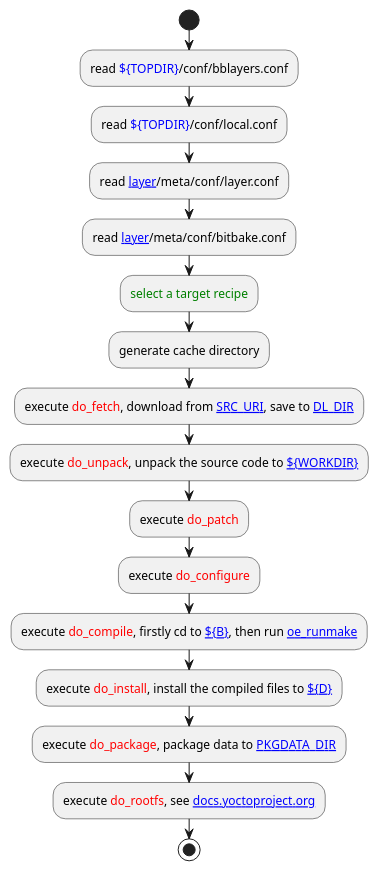
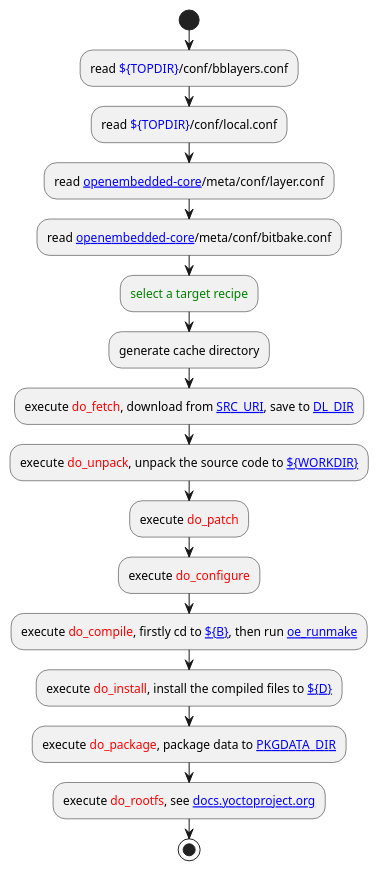
The diagram in docs/cli/yocto.md (zhyantao/docs), drawn with PlantUML before and after one commit.

````diff
--- a/docs/cli/yocto.md
+++ b/docs/cli/yocto.md
@@ -43,20 +43,20 @@
 ```{uml}
 @startuml
 start
 :read <color:blue>${TOPDIR}</color>/conf/bblayers.conf;
 :read <color:blue>${TOPDIR}</color>/conf/local.conf;
-:read [[https://layers.openembedded.org/layerindex/branch/master/layers layer]]/meta/conf/layer.conf;
-:read [[https://layers.openembedded.org/layerindex/branch/master/layers layer]]/meta/conf/bitbake.conf;
+:read [[https://git.openembedded.org/openembedded-core/tree/?h=styhead openembedded-core]]/meta/conf/layer.conf;
+:read [[https://git.openembedded.org/openembedded-core/tree/?h=styhead openembedded-core]]/meta/conf/bitbake.conf;
 :<color:green>select a target recipe</color>;
 :generate cache directory;
-:execute <color:red>do_fetch</color>, download from [[https://docs.yoctoproject.org/bitbake/bitbake-user-manual/bitbake-user-manual-ref-variables.html#term-SRC_URI SRC_URI]], save to [[https://github.com/openembedded/openembedded-core/blob/yocto-5.1.1/meta/conf/bitbake.conf#L842 DL_DIR]];
-:execute <color:red>do_unpack</color>, unpack the source code to [[https://github.com/openembedded/openembedded-core/blob/yocto-5.1.1/meta/conf/bitbake.conf#L404 ${WORKDIR}]];
+:execute <color:red>do_fetch</color>, download from [[https://docs.yoctoproject.org/5.1.1/ref-manual/variables.html#term-SRC_URI SRC_URI]], save to [[https://git.openembedded.org/openembedded-core/tree/meta/conf/bitbake.conf?h=styhead#n842 DL_DIR]];
+:execute <color:red>do_unpack</color>, unpack the source code to [[https://git.openembedded.org/openembedded-core/tree/meta/conf/bitbake.conf?h=styhead#n404 ${WORKDIR}]];
 :execute <color:red>do_patch</color>;
 :execute <color:red>do_configure</color>;
-:execute <color:red>do_compile</color>, firstly cd to [[https://github.com/openembedded/openembedded-core/blob/yocto-5.1.1/meta/conf/bitbake.conf#L409 ${B}]], then run [[https://github.com/openembedded/openembedded-core/blob/yocto-5.1.1/meta/classes-global/base.bbclass#L41 oe_runmake]];
-:execute <color:red>do_install</color>, install the compiled files to [[https://github.com/openembedded/openembedded-core/blob/yocto-5.1.1/meta/conf/bitbake.conf#L407 ${D}]];
-:execute <color:red>do_package</color>, package data to [[https://docs.yoctoproject.org/dev/ref-manual/variables.html#term-PKGDATA_DIR PKGDATA_DIR]];
-:execute <color:red>do_rootfs</color>, see [[https://docs.yoctoproject.org/dev/ref-manual/tasks.html#do-rootfs docs.yoctoproject.org]];
+:execute <color:red>do_compile</color>, firstly cd to [[https://git.openembedded.org/openembedded-core/tree/meta/conf/bitbake.conf?h=styhead#n409 ${B}]], then run [[https://git.openembedded.org/openembedded-core/tree/meta/classes-global/base.bbclass?h=styhead#n41 oe_runmake]];
+:execute <color:red>do_install</color>, install the compiled files to [[https://git.openembedded.org/openembedded-core/tree/meta/conf/bitbake.conf?h=styhead#n407 ${D}]];
+:execute <color:red>do_package</color>, package data to [[https://docs.yoctoproject.org/5.1.1/ref-manual/variables.html#term-PKGDATA_DIR PKGDATA_DIR]];
+:execute <color:red>do_rootfs</color>, see [[https://docs.yoctoproject.org/5.1.1/ref-manual/tasks.html#ref-tasks-rootfs docs.yoctoproject.org]];
 stop
 @enduml
 ```
````
